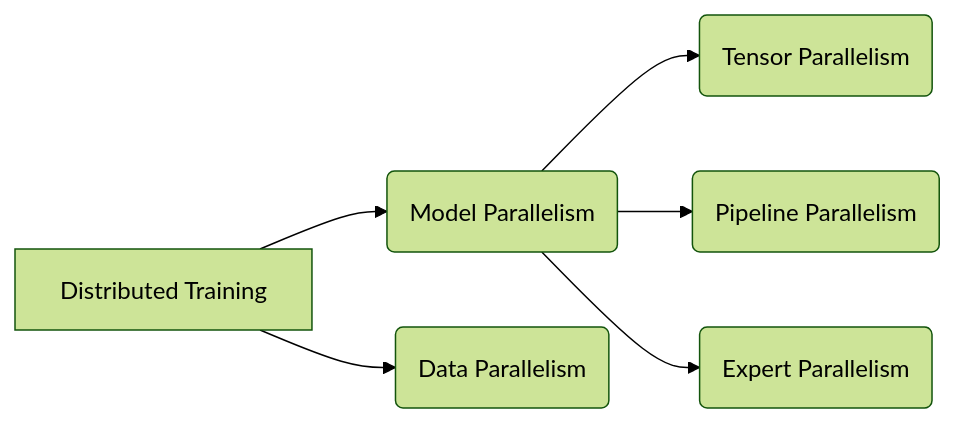
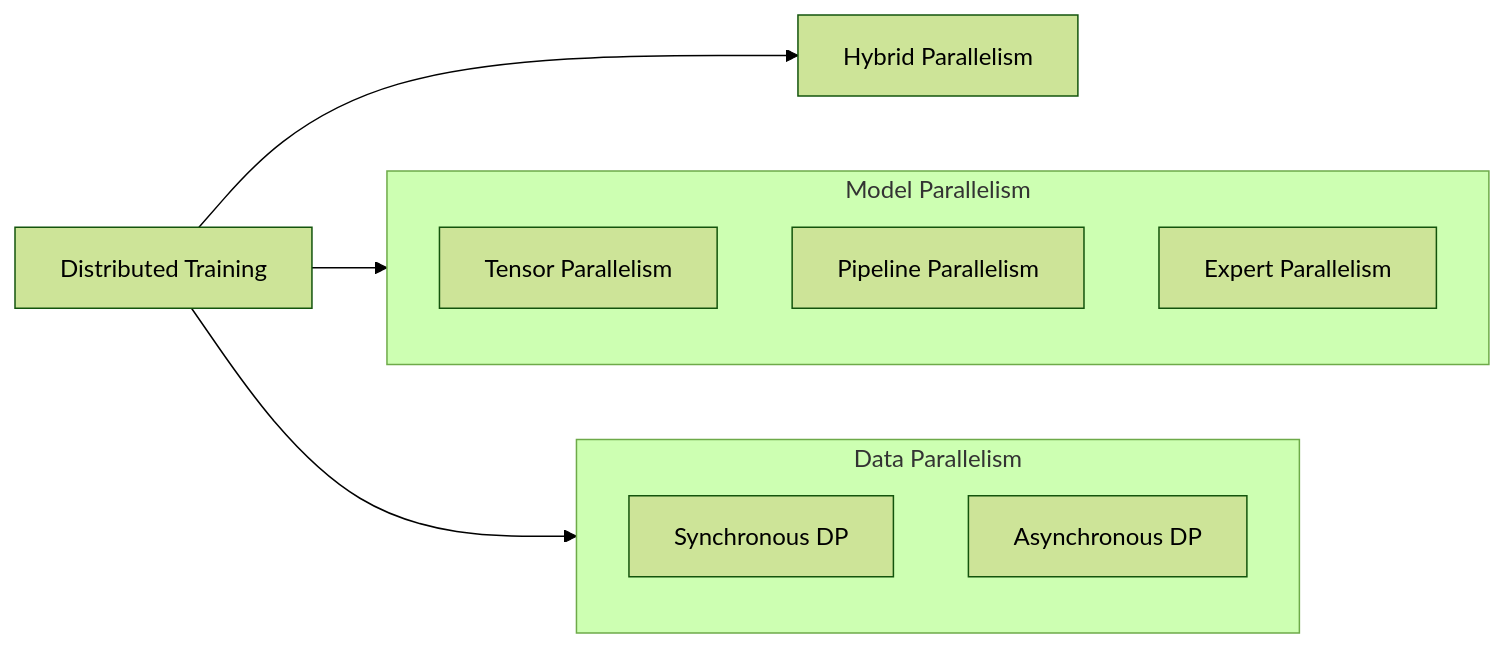
The diagram in _posts/2025-06-27-llm-distributed-system.md (limiao2/limiao2.github.io), drawn with Mermaid (forest theme) before and after one commit. The commit also changed other lines of this file, not shown here.

Commit message:
add graph

````diff
--- a/_posts/2025-06-27-llm-distributed-system.md
+++ b/_posts/2025-06-27-llm-distributed-system.md
@@ -40,8 +40,28 @@
 ```mermaid
 graph LR
-A[Distributed Training] -->B(Model Parallelism)
-A -->C(Data Parallelism)
-    B --> D(Tensor Parallelism)
-    B --> E(Pipeline Parallelism)
-    B --> F(Expert Parallelism)
+  %% Main entry
+  DistributedTraining[Distributed Training]
+
+  %% Model Parallelism Subgraph
+  subgraph ModelParallelism [Model Parallelism]
+    direction TB
+    TensorParallelism[Tensor Parallelism]
+    PipelineParallelism[Pipeline Parallelism]
+    ExpertParallelism[Expert Parallelism]
+  end
+
+  %% Data Parallelism Subgraph
+  subgraph DataParallelism [Data Parallelism]
+    direction TB
+    SynchronousDP[Synchronous DP]
+    AsynchronousDP[Asynchronous DP]
+  end
+
+  %% Hybrid Parallelisms
+  HybridParallelism[Hybrid Parallelism]
+
+  %% Connections
+  DistributedTraining --> ModelParallelism
+  DistributedTraining --> DataParallelism
+  DistributedTraining --> HybridParallelism
 ```
````
